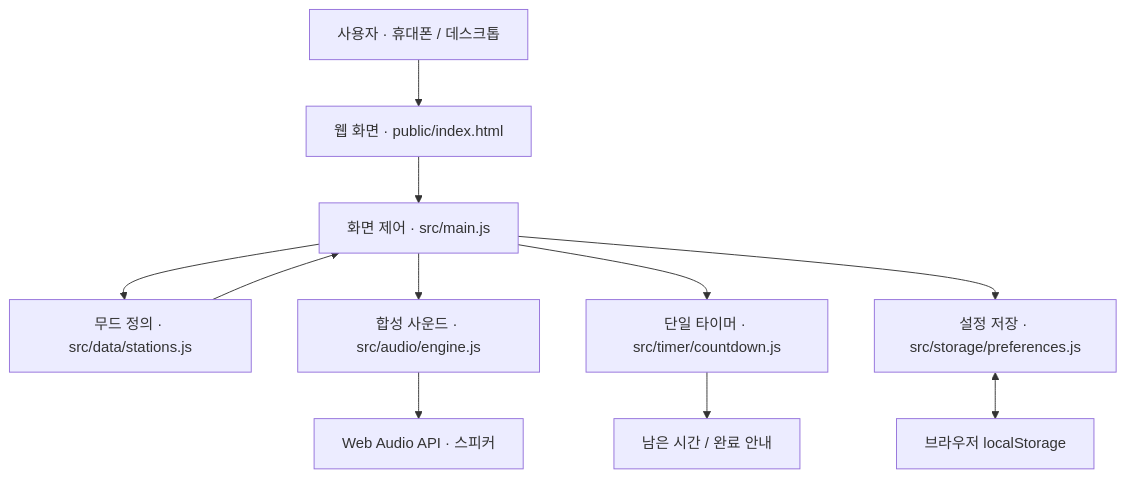
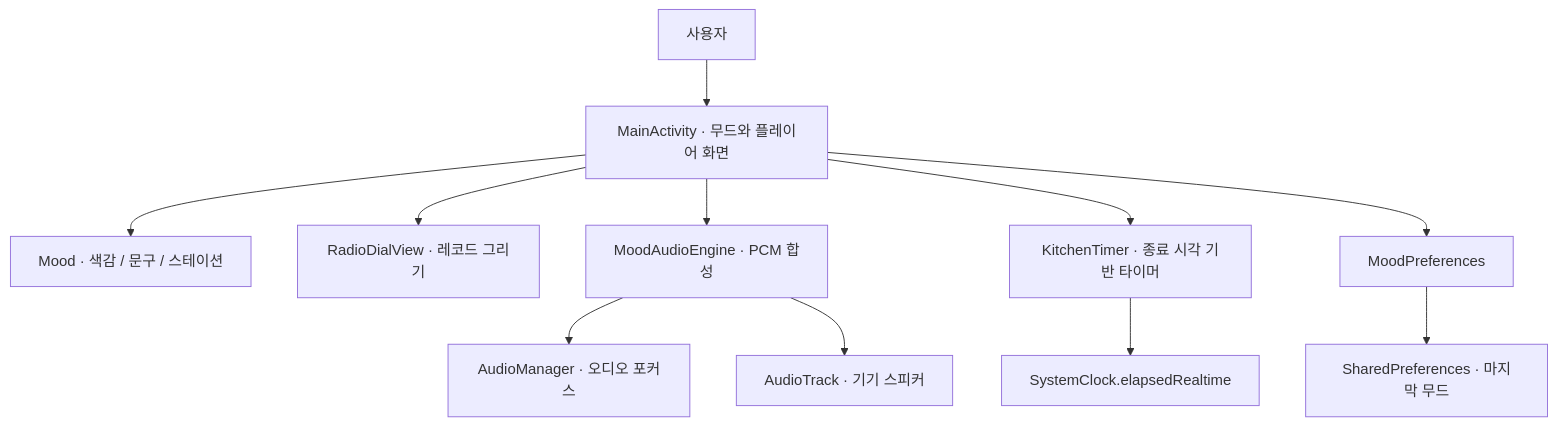
The first of 2 diagrams in docs/architecture.md (jeongiryang/lg-ax-hackathon-cwnu-2026), drawn with Mermaid before and after one commit. The commit also changed other lines of this file and 48 other files, not shown here.

Commit message:
feat: implement native Kitchen Mood Radio Android prototype

````diff
--- a/docs/architecture.md
+++ b/docs/architecture.md
@@ -9,13 +5,13 @@
 ```mermaid
 flowchart TB
-  User[사용자 · 휴대폰 / 데스크톱] --> View[웹 화면 · public/index.html]
-  View --> UI[화면 제어 · src/main.js]
-  UI --> Stations[무드 정의 · src/data/stations.js]
-  Stations --> UI
-  UI --> Audio[합성 사운드 · src/audio/engine.js]
-  Audio --> Speakers[Web Audio API · 스피커]
-  UI --> Timer[단일 타이머 · src/timer/countdown.js]
-  Timer --> Display[남은 시간 / 완료 안내]
-  UI --> Settings[설정 저장 · src/storage/preferences.js]
-  Settings <--> Local[브라우저 localStorage]
+  User[사용자] --> Activity[MainActivity · 무드와 플레이어 화면]
+  Activity --> Mood[Mood · 색감 / 문구 / 스테이션]
+  Activity --> Dial[RadioDialView · 레코드 그리기]
+  Activity --> Audio[MoodAudioEngine · PCM 합성]
+  Audio --> Focus[AudioManager · 오디오 포커스]
+  Audio --> Track[AudioTrack · 기기 스피커]
+  Activity --> Timer[KitchenTimer · 종료 시각 기반 타이머]
+  Timer --> Clock[SystemClock.elapsedRealtime]
+  Activity --> Preferences[MoodPreferences]
+  Preferences --> Settings[SharedPreferences · 마지막 무드]
 ```
````
